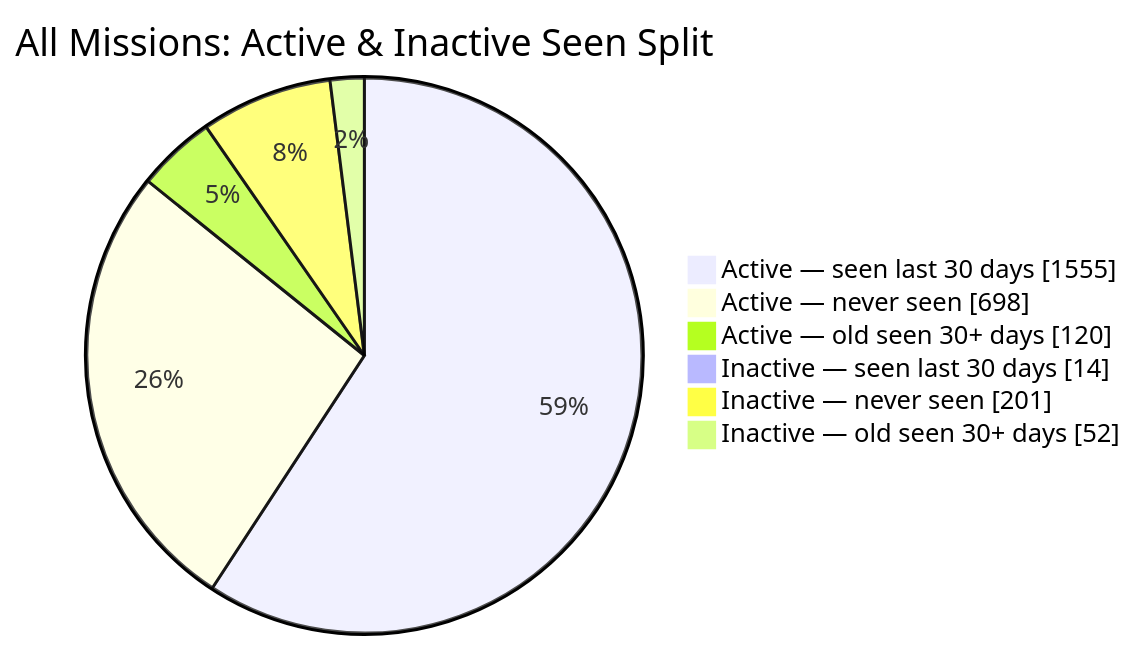
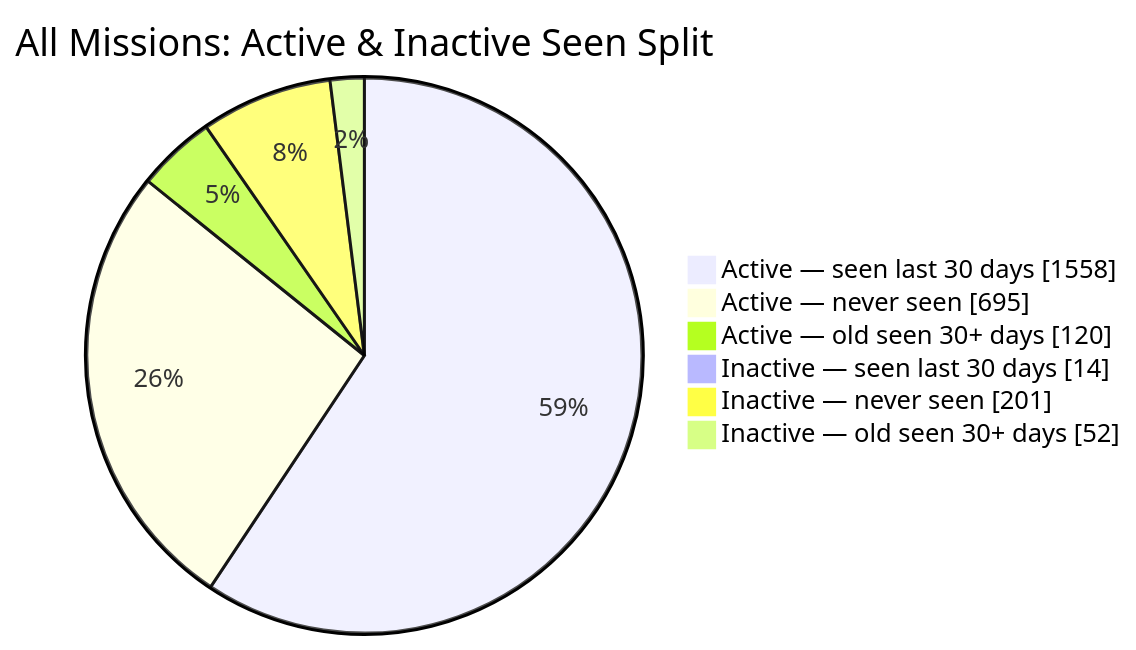
The second of 2 diagrams in README.md (MeldkamerspelGameTeam/active-missions), drawn with Mermaid before and after one commit. The commit also changed other lines of this file and 2 other files, not shown here.

````diff
--- a/README.md
+++ b/README.md
@@ -44,10 +44,10 @@
 ```mermaid
 pie showData
     title All Missions: Active & Inactive Seen Split
-    "Active — seen last 30 days" : 1555
-    "Active — never seen" : 698
+    "Active — seen last 30 days" : 1558
+    "Active — never seen" : 695
     "Active — old seen 30+ days" : 120
     "Inactive — seen last 30 days" : 14
     "Inactive — never seen" : 201
     "Inactive — old seen 30+ days" : 52
 ```
````
